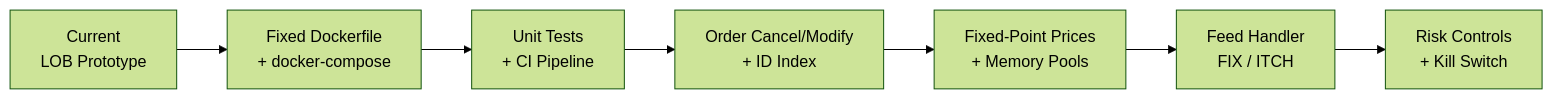
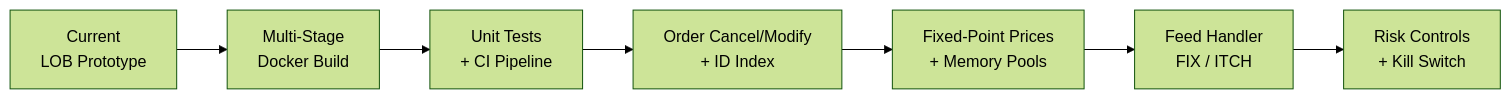
Before and after one commit to Shivay00001/cpp-high-frequency-trading-core: the third of 3 diagrams in README.md, drawn with Mermaid (forest theme). The commit also changed other lines of this file, not shown here.

````diff
--- a/README.md
+++ b/README.md
@@ -262,9 +228,9 @@
 ```mermaid
 graph LR
-    A[Current<br/>LOB Prototype] --> B[Fixed Dockerfile<br/>+ docker-compose]
+    A[Current<br/>LOB Prototype] --> B[Multi-Stage<br/>Docker Build]
     B --> C[Unit Tests<br/>+ CI Pipeline]
     C --> D[Order Cancel/Modify<br/>+ ID Index]
     D --> E[Fixed-Point Prices<br/>+ Memory Pools]
     E --> F[Feed Handler<br/>FIX / ITCH]
     F --> G[Risk Controls<br/>+ Kill Switch]
 ```
````
